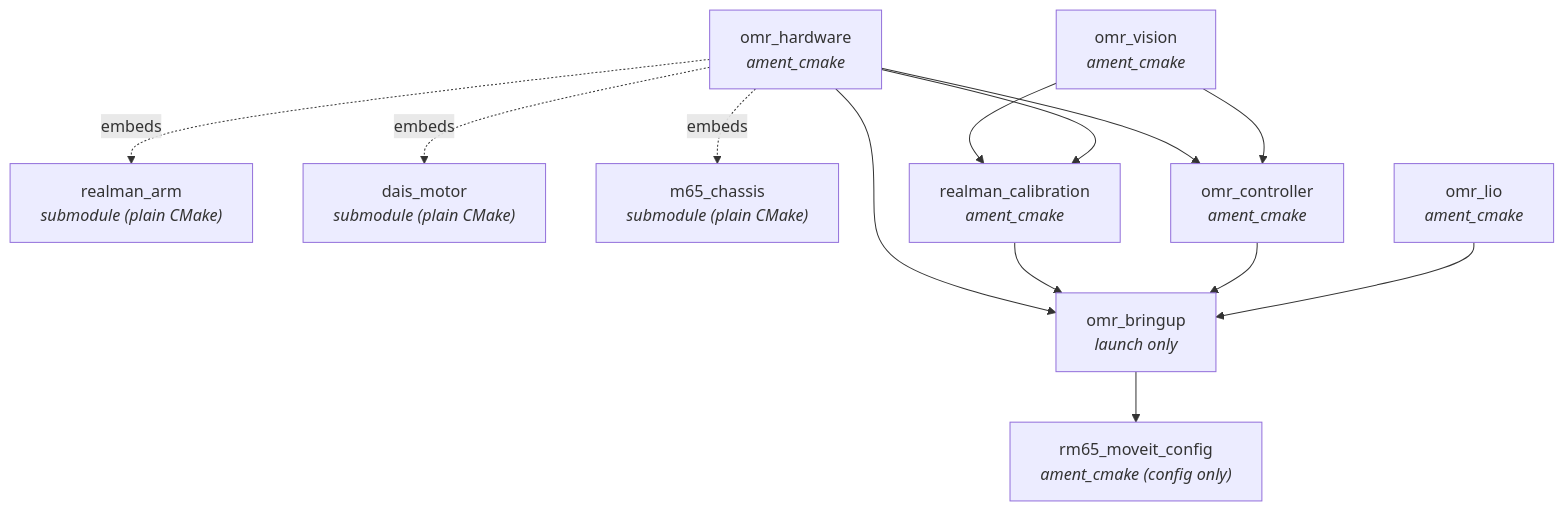
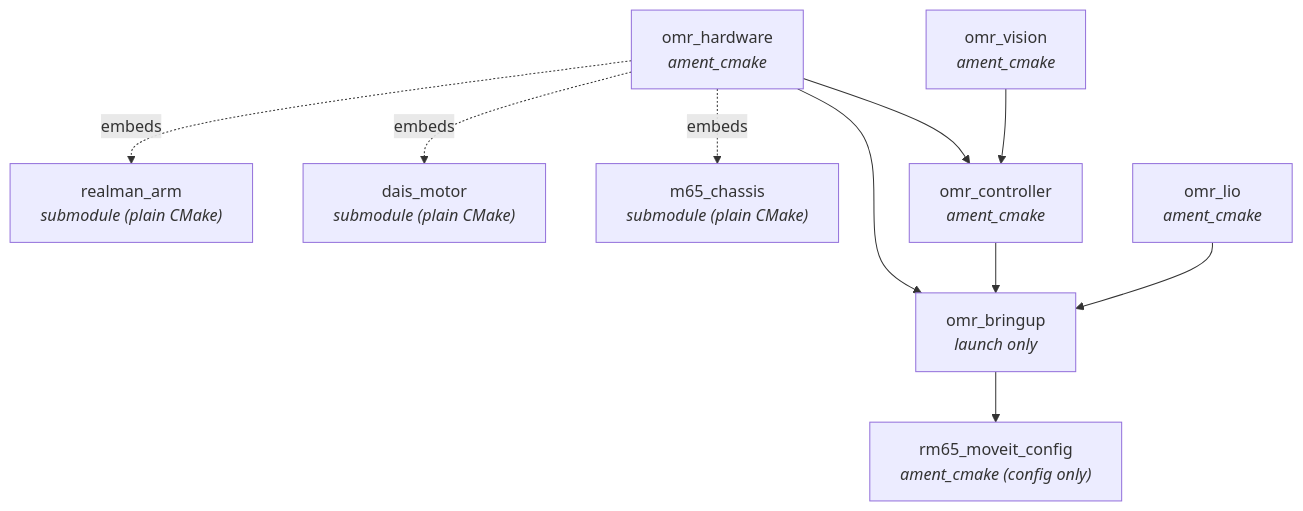
Before and after one commit to sunyuming53-byte/the_first_box: the second of 4 diagrams in README.md, drawn with Mermaid. The commit also changed other lines of this file and 15 other files, not shown here.

First line of the commit message:
chore: update all realman_calibration references to omr_controller/omr_vision

````diff
--- a/README.md
+++ b/README.md
@@ -437,25 +428,21 @@
 ```mermaid
 graph TD
     vision["omr_vision<br/><i>ament_cmake</i>"]
     hw["omr_hardware<br/><i>ament_cmake</i>"]
     arm["realman_arm<br/><i>submodule (plain CMake)</i>"]
     motor["dais_motor<br/><i>submodule (plain CMake)</i>"]
     m65["m65_chassis<br/><i>submodule (plain CMake)</i>"]
-    calib["realman_calibration<br/><i>ament_cmake</i>"]
     ctrl["omr_controller<br/><i>ament_cmake</i>"]
     lio["omr_lio<br/><i>ament_cmake</i>"]
     bringup["omr_bringup<br/><i>launch only</i>"]
 
-    vision --> calib
     hw -.->|embeds| arm
     hw -.->|embeds| motor
     hw -.->|embeds| m65
-    hw --> calib
     hw --> ctrl
     vision --> ctrl
     hw --> bringup
-    calib --> bringup
     ctrl --> bringup
     lio --> bringup
     bringup --> moveit["rm65_moveit_config<br/><i>ament_cmake (config only)</i>"]
 ```
````
